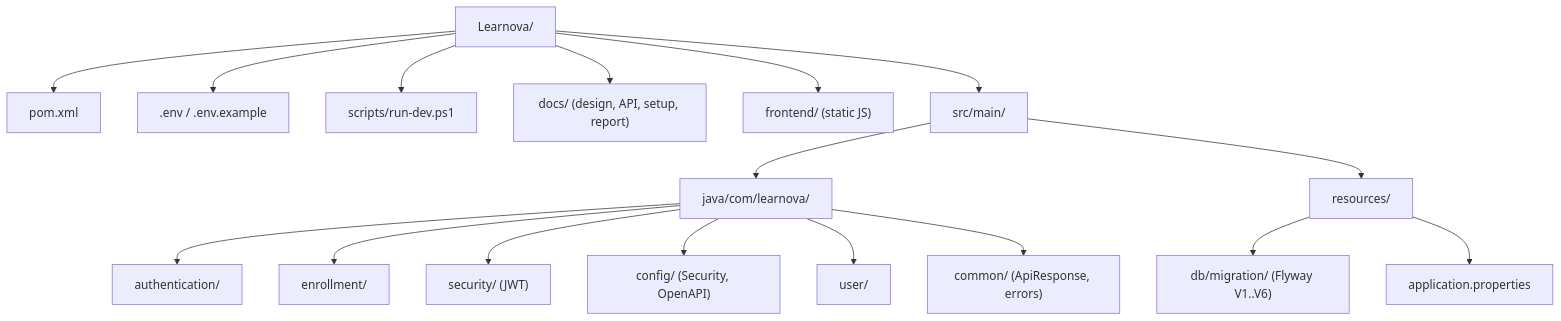
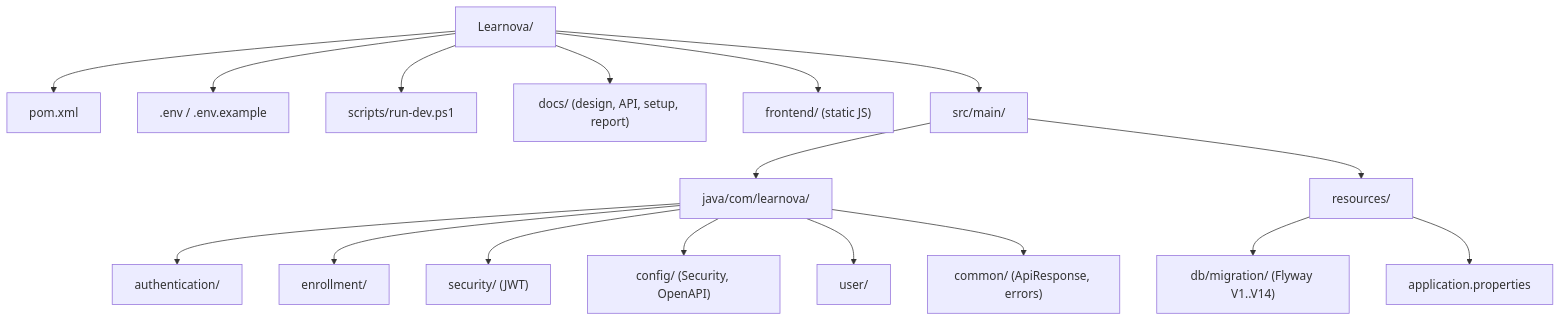
Before and after one commit to saika-sarara/DBMS-2-Project: the third of 11 diagrams in Learnova/docs/ARCHITECTURE.md, drawn with Mermaid. The commit also changed other lines of this file and 300 other files, not shown here.

````diff
--- a/Learnova/docs/ARCHITECTURE.md
+++ b/Learnova/docs/ARCHITECTURE.md
@@ -146,19 +146,19 @@
 ```mermaid
 flowchart TD
     ROOT["Learnova/"] --> POM["pom.xml"]
     ROOT --> ENV[".env / .env.example"]
     ROOT --> SCR["scripts/run-dev.ps1"]
     ROOT --> DOCS["docs/ (design, API, setup, report)"]
     ROOT --> FE["frontend/ (static JS)"]
     ROOT --> SRC["src/main/"]
     SRC --> JAVA["java/com/learnova/"]
     SRC --> RES["resources/"]
     JAVA --> AUTH["authentication/"]
     JAVA --> ENR["enrollment/"]
     JAVA --> SEC["security/ (JWT)"]
     JAVA --> CFG["config/ (Security, OpenAPI)"]
     JAVA --> USER["user/"]
     JAVA --> COMMON["common/ (ApiResponse, errors)"]
-    RES --> MIG["db/migration/ (Flyway V1..V6)"]
+    RES --> MIG["db/migration/ (Flyway V1..V14)"]
     RES --> APP["application.properties"]
 ```
````
